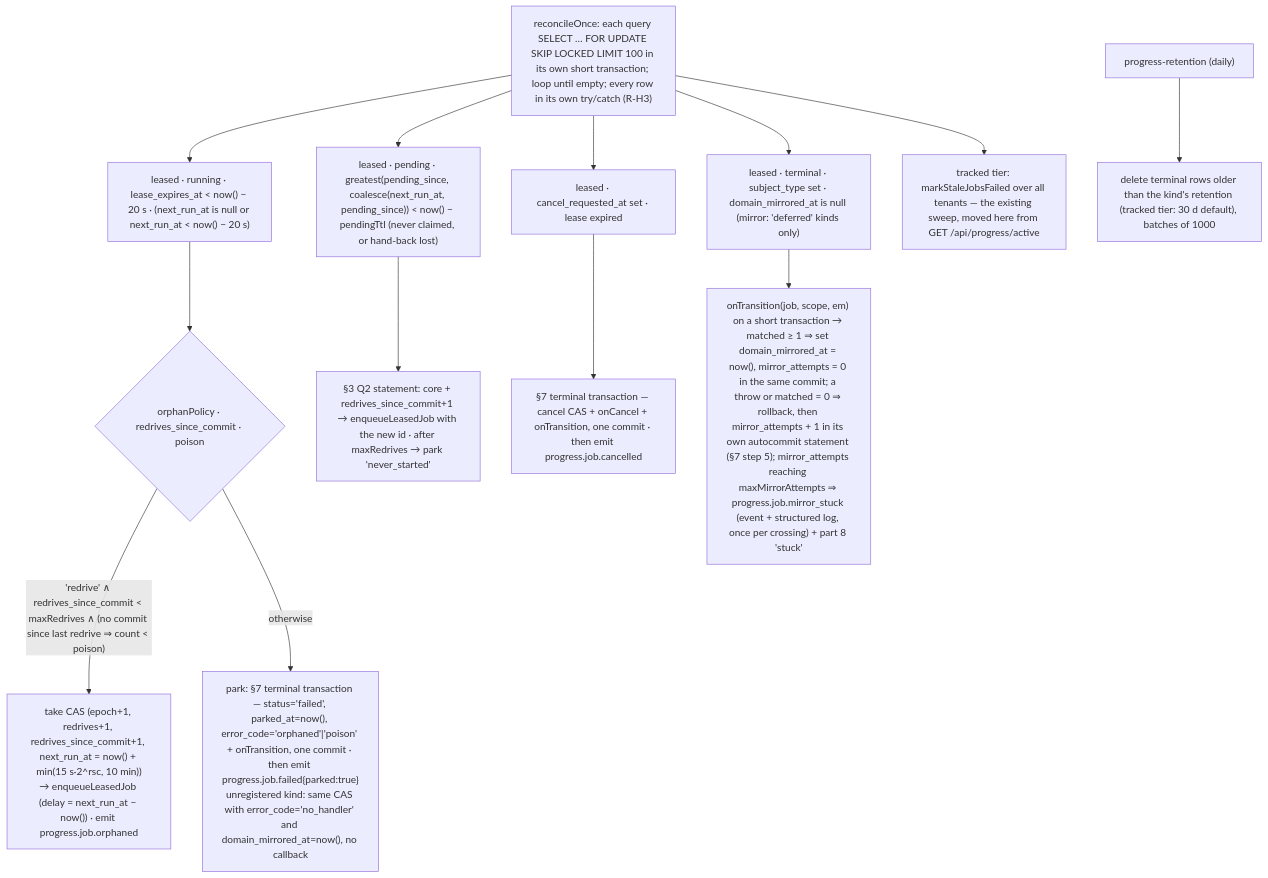
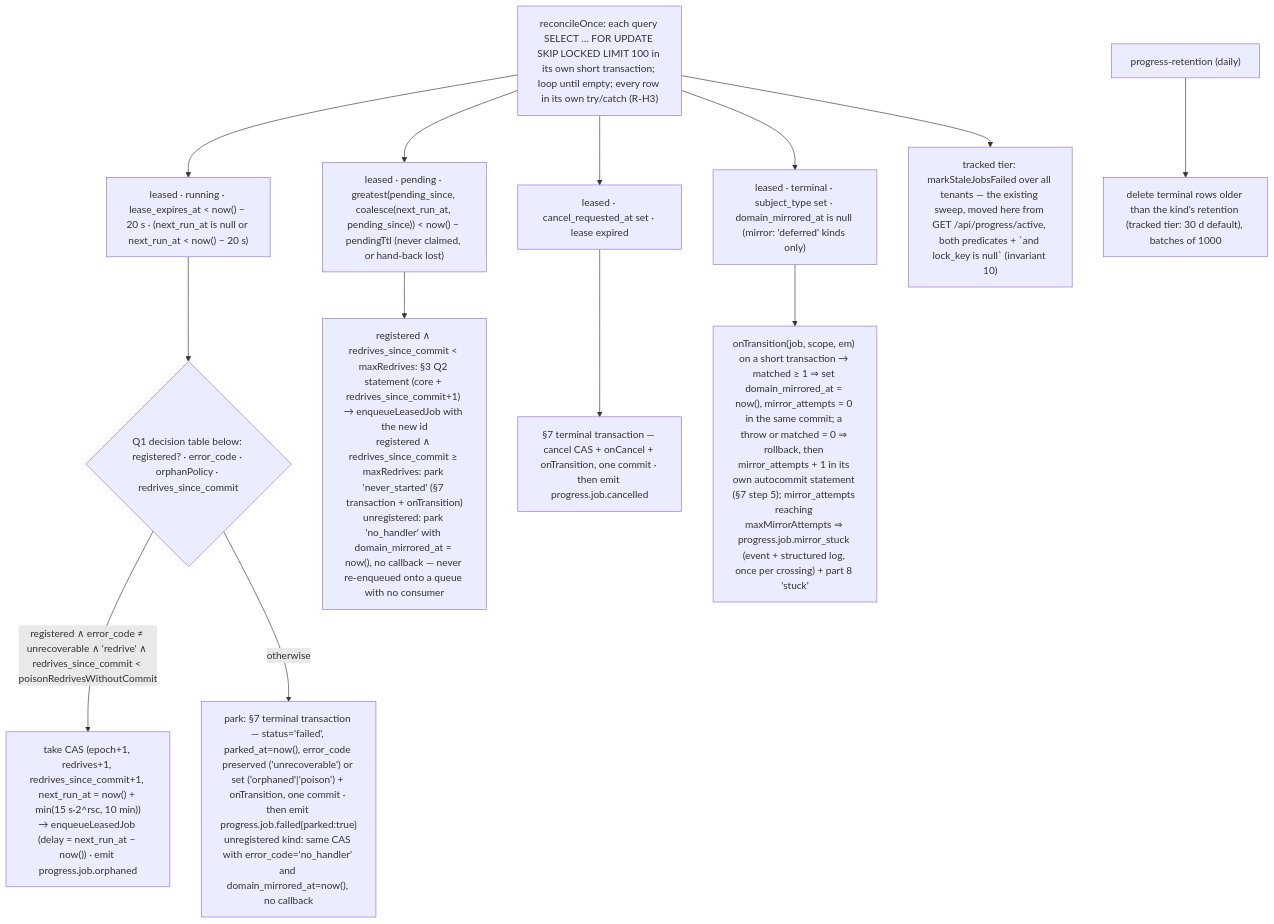
Before and after one commit to open-mercato/open-mercato: the diagram in .ai/specs/2026-08-21-background-work-06-leased-jobs-in-progress.md, drawn with Mermaid. The commit also changed other lines of this file and 4 other files, not shown here.

First line of the commit message:
docs(specs): round 2 — sweep fenced off leased rows, unrecoverable park branch, process-wide kind registry, real sync_runs columns

````diff
--- a/.ai/specs/2026-08-21-background-work-06-leased-jobs-in-progress.md
+++ b/.ai/specs/2026-08-21-background-work-06-leased-jobs-in-progress.md
@@ -264,16 +287,16 @@
 ```mermaid
 flowchart TB
   T["reconcileOnce: each query SELECT … FOR UPDATE SKIP LOCKED LIMIT 100 in its own short transaction; loop until empty; every row in its own try/catch (R-H3)"]
   T --> Q1["leased · running · lease_expires_at < now() − 20 s · (next_run_at is null or next_run_at < now() − 20 s)"]
-  Q1 --> POL{"orphanPolicy · redrives_since_commit · poison"}
-  POL -->|"'redrive' ∧ redrives_since_commit < maxRedrives ∧ (no commit since last redrive ⇒ count < poison)"| RE["take CAS (epoch+1, redrives+1, redrives_since_commit+1, next_run_at = now() + min(15 s·2^rsc, 10 min))<br/>→ enqueueLeasedJob (delay = next_run_at − now()) · emit progress.job.orphaned"]
-  POL -->|otherwise| PK["park: §7 terminal transaction — status='failed', parked_at=now(), error_code='orphaned'|'poison' + onTransition, one commit · then emit progress.job.failed{parked:true}<br/>unregistered kind: same CAS with error_code='no_handler' and domain_mirrored_at=now(), no callback"]
+  Q1 --> POL{"Q1 decision table below: registered? · error_code · orphanPolicy · redrives_since_commit"}
+  POL -->|"registered ∧ error_code ≠ unrecoverable ∧ 'redrive' ∧ redrives_since_commit < poisonRedrivesWithoutCommit"| RE["take CAS (epoch+1, redrives+1, redrives_since_commit+1, next_run_at = now() + min(15 s·2^rsc, 10 min))<br/>→ enqueueLeasedJob (delay = next_run_at − now()) · emit progress.job.orphaned"]
+  POL -->|otherwise| PK["park: §7 terminal transaction — status='failed', parked_at=now(), error_code preserved ('unrecoverable') or set ('orphaned'|'poison') + onTransition, one commit · then emit progress.job.failed{parked:true}<br/>unregistered kind: same CAS with error_code='no_handler' and domain_mirrored_at=now(), no callback"]
   T --> Q2["leased · pending · greatest(pending_since, coalesce(next_run_at, pending_since)) < now() − pendingTtl (never claimed, or hand-back lost)"]
-  Q2 --> RE2["§3 Q2 statement: core + redrives_since_commit+1 → enqueueLeasedJob with the new id · after maxRedrives → park 'never_started'"]
+  Q2 --> RE2["registered ∧ redrives_since_commit < maxRedrives: §3 Q2 statement (core + redrives_since_commit+1) → enqueueLeasedJob with the new id<br/>registered ∧ redrives_since_commit ≥ maxRedrives: park 'never_started' (§7 transaction + onTransition)<br/>unregistered: park 'no_handler' with domain_mirrored_at = now(), no callback — never re-enqueued onto a queue with no consumer"]
   T --> Q3["leased · cancel_requested_at set · lease expired"]
   Q3 --> C["§7 terminal transaction — cancel CAS + onCancel + onTransition, one commit · then emit progress.job.cancelled"]
   T --> Q5["leased · terminal · subject_type set · domain_mirrored_at is null (mirror: 'deferred' kinds only)"]
   Q5 --> M["onTransition(job, scope, em) on a short transaction → matched ≥ 1 ⇒ set domain_mirrored_at = now(), mirror_attempts = 0 in the same commit; a throw or matched = 0 ⇒ rollback, then mirror_attempts + 1 in its own autocommit statement (§7 step 5); mirror_attempts reaching maxMirrorAttempts ⇒ progress.job.mirror_stuck (event + structured log, once per crossing) + part 8 'stuck'"]
-  T --> Q4["tracked tier: markStaleJobsFailed over all tenants — the existing sweep, moved here from GET /api/progress/active"]
+  T --> Q4["tracked tier: markStaleJobsFailed over all tenants — the existing sweep, moved here from GET /api/progress/active, both predicates + `and lock_key is null` (invariant 10)"]
   D["progress-retention (daily)"] --> R["delete terminal rows older than the kind's retention (tracked tier: 30 d default), batches of 1000"]
 ```
````
